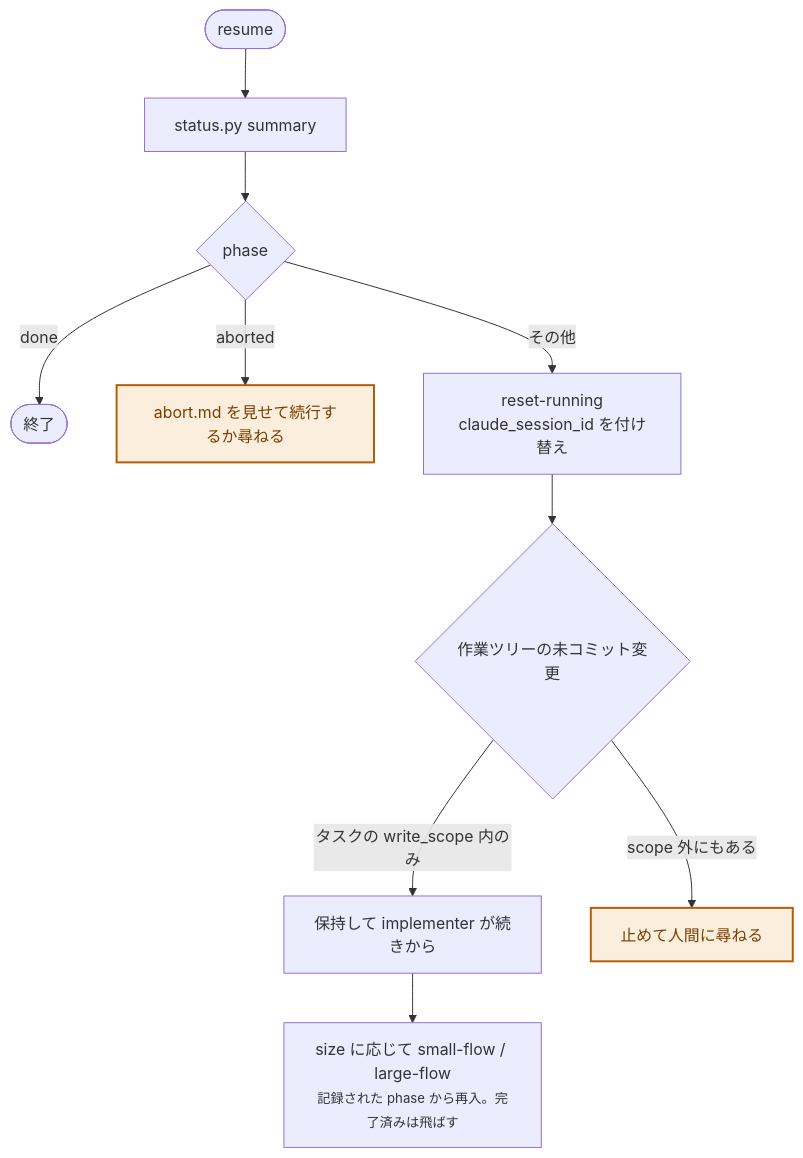
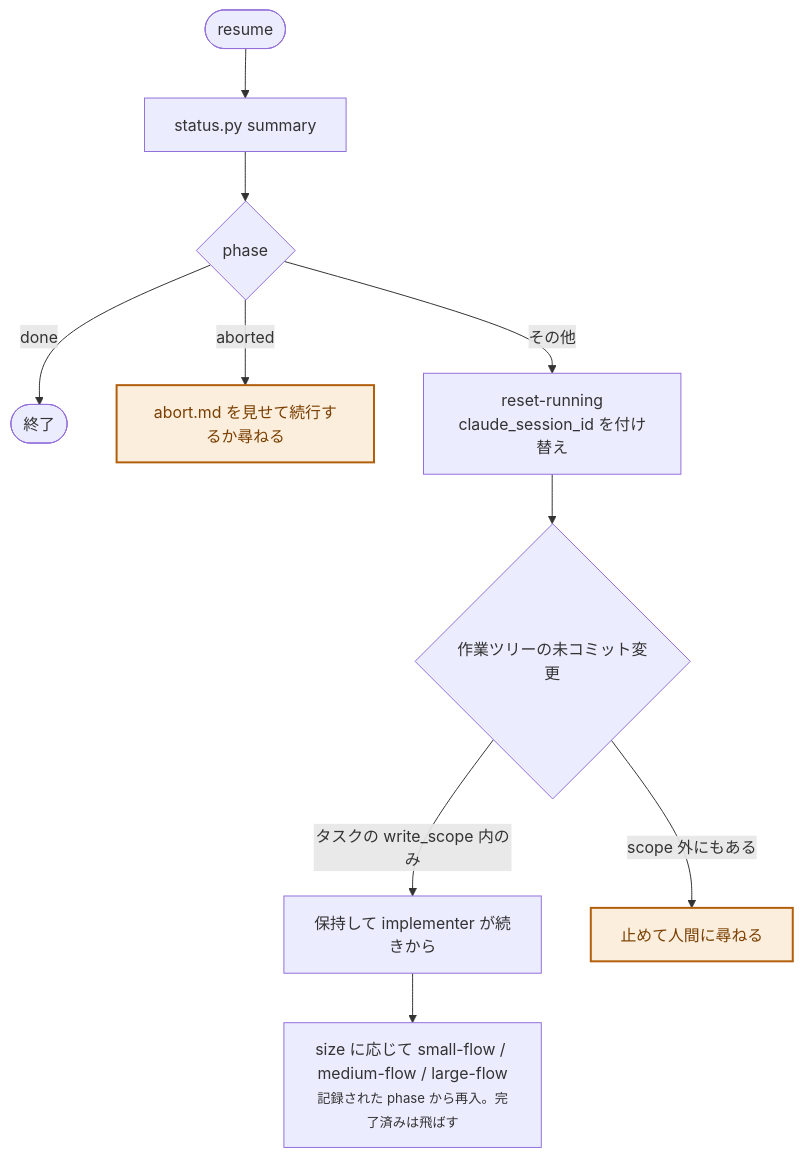
One commit to tamashiro-syuta/tama-cc-kit changed diagram 12 of 12 in docs/tama-cc-devflow.md. Above: the diagram before and after it, drawn with Mermaid. The commit also changed other lines of this file and 13 other files, not shown here.

First line of the commit message:
feat: Small / Medium / Large の 3 段階ルーティングと Medium フローを追加

````diff
--- a/docs/tama-cc-devflow.md
+++ b/docs/tama-cc-devflow.md
@@ -463,14 +568,14 @@
 ```mermaid
 flowchart TD
     classDef human fill:#fbeedc,stroke:#b25e0a,stroke-width:2px,color:#7a3f00
 
     s([resume]) --> sum["status.py summary"]
     sum --> ph{phase}
     ph -- done --> fin([終了])
     ph -- aborted --> ab["abort.md を見せて続行するか尋ねる"]:::human
     ph -- その他 --> reset["reset-running<br/>claude_session_id を付け替え"]
     reset --> tree{"作業ツリーの未コミット変更"}
     tree -- "タスクの write_scope 内のみ" --> keep["保持して implementer が続きから"]
     tree -- "scope 外にもある" --> ask["止めて人間に尋ねる"]:::human
-    keep --> flow["size に応じて small-flow / large-flow<br/><small>記録された phase から再入。完了済みは飛ばす</small>"]
+    keep --> flow["size に応じて small-flow / medium-flow / large-flow<br/><small>記録された phase から再入。完了済みは飛ばす</small>"]
 ```
````
